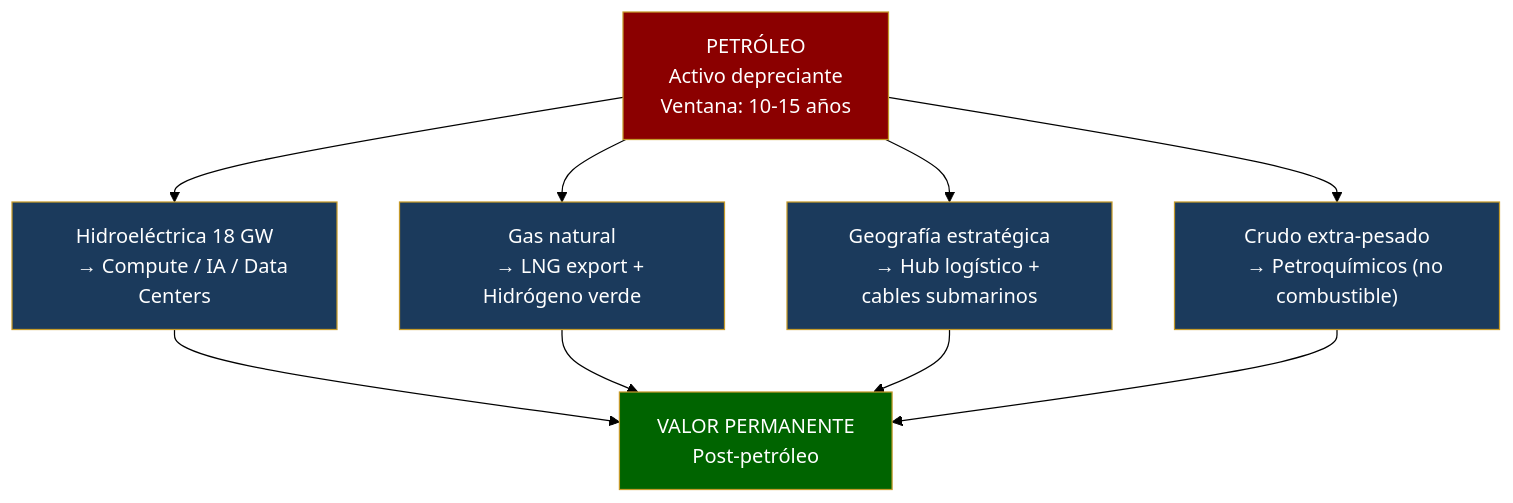
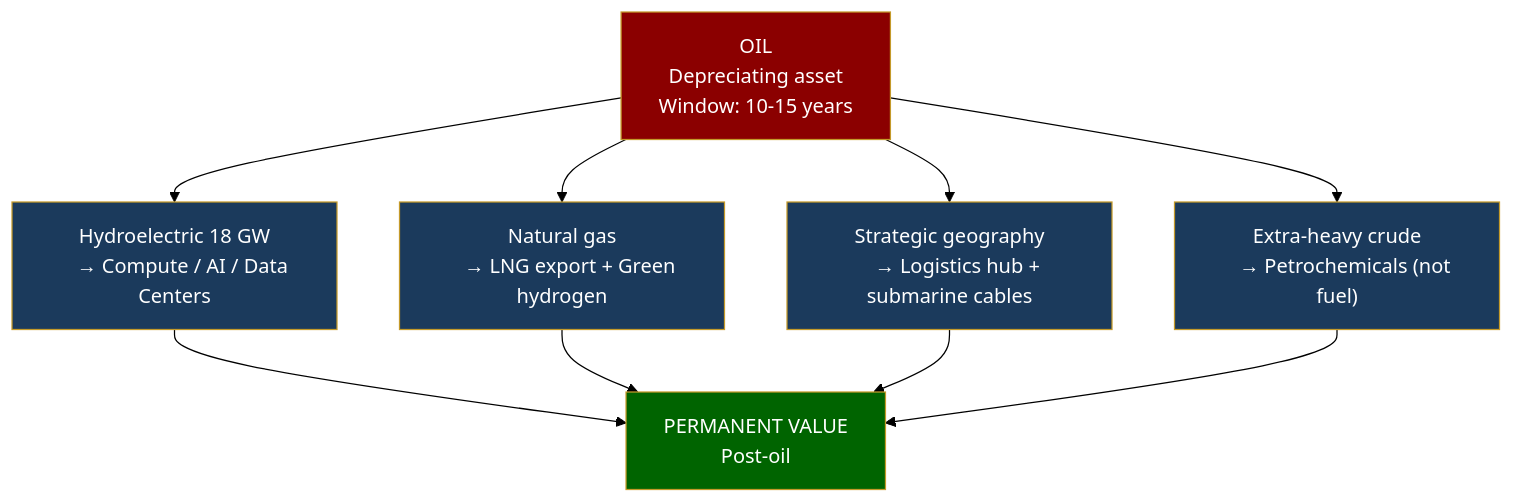
Before and after one commit to Venezuela-S-A/venezuela-sa: the third of 3 diagrams in i18n/en/docusaurus-plugin-content-docs/current/02-motor-financiero/enfermedad-holandesa.md, drawn with Mermaid (forest theme). The commit also changed other lines of this file and 127 other files, not shown here.

````diff
--- a/i18n/en/docusaurus-plugin-content-docs/current/02-motor-financiero/enfermedad-holandesa.md
+++ b/i18n/en/docusaurus-plugin-content-docs/current/02-motor-financiero/enfermedad-holandesa.md
@@ -174,26 +174,26 @@
 ```mermaid
 flowchart TD
-    A["PETRÓLEO
-    Activo depreciante
-    Ventana: 10-15 años"] --> B["Hidroeléctrica 18 GW
-    → Compute / IA / Data Centers"]
-    A --> C["Gas natural
-    → LNG export + Hidrógeno verde"]
-    A --> D["Geografía estratégica
-    → Hub logístico + cables submarinos"]
-    A --> E["Crudo extra-pesado
-    → Petroquímicos (no combustible)"]
+    A["OIL
+    Depreciating asset
+    Window: 10-15 years"] --> B["Hydroelectric 18 GW
+    → Compute / AI / Data Centers"]
+    A --> C["Natural gas
+    → LNG export + Green hydrogen"]
+    A --> D["Strategic geography
+    → Logistics hub + submarine cables"]
+    A --> E["Extra-heavy crude
+    → Petrochemicals (not fuel)"]
 
-    B --> F["VALOR PERMANENTE
-    Post-petróleo"]
+    B --> F["PERMANENT VALUE
+    Post-oil"]
     C --> F
     D --> F
     E --> F
 
     style A fill:#8B0000,stroke:#C49A2A,color:#fff
     style F fill:#006400,stroke:#C49A2A,color:#fff
     style B fill:#1B3A5C,stroke:#C49A2A,color:#fff
     style C fill:#1B3A5C,stroke:#C49A2A,color:#fff
     style D fill:#1B3A5C,stroke:#C49A2A,color:#fff
     style E fill:#1B3A5C,stroke:#C49A2A,color:#fff
 ```
````
